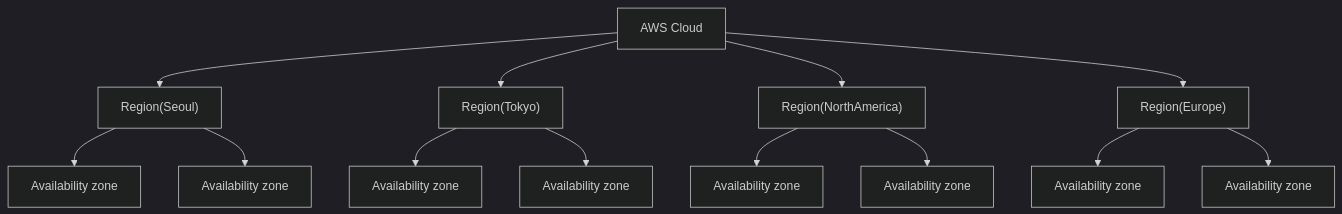
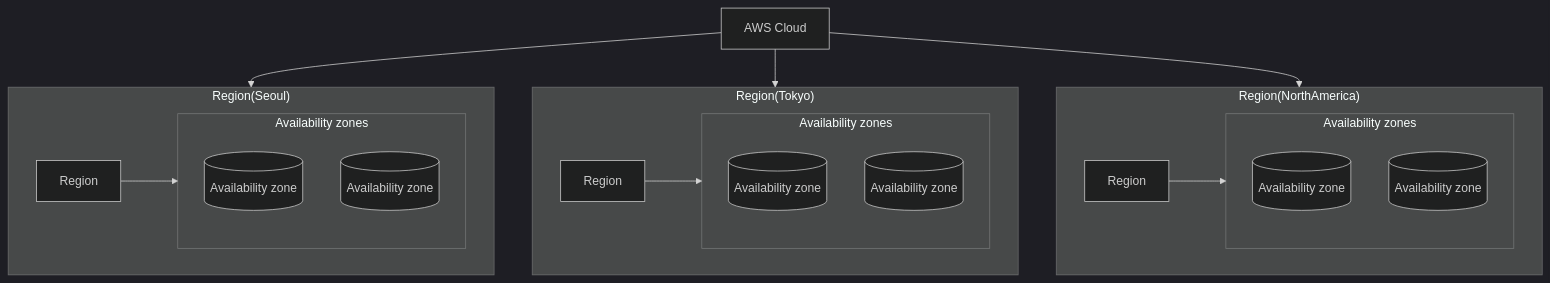
The first of 2 diagrams in Infra/AWS/001. AWS_Structure.md (Rurien1124/study), drawn with Mermaid (dark theme) before and after one commit. The commit also changed other lines of this file, not shown here.

Commit message:
Add detailed AWS structure chart

````diff
--- a/Infra/AWS/001. AWS_Structure.md
+++ b/Infra/AWS/001. AWS_Structure.md
@@ -25,19 +27,36 @@
-```mermaid
-flowchart TD
-
-    AWS[AWS Cloud]
-
-    AWS --> SEOUL["Region(Seoul)"]
-    AWS --> TOKYO["Region(Tokyo)"]
-    AWS --> NA["Region(NorthAmerica)"]
-    AWS --> EU["Region(Europe)"]
-
-    SEOUL --> SEOUL_A[Availability zone]
-    SEOUL --> SEOUL_B[Availability zone]
-    TOKYO --> TOKYO_A[Availability zone]
-    TOKYO --> TOKYO_B[Availability zone]
-    NA --> NA_A[Availability zone]
-    NA --> NA_B[Availability zone]
-    EU --> EU_A[Availability zone]
-    EU --> EU_B[Availability zone]
-```
+    ```mermaid
+    flowchart TD
+    
+        AWS[AWS Cloud]
+    
+        AWS --> SEOUL
+        AWS --> TOKYO
+        AWS --> NA
+  
+        subgraph SEOUL["Region(Seoul)"]
+            SEOUL_REG[Region] --> SEOUL_AZ
+  
+            subgraph SEOUL_AZ[Availability zones]
+                SEOUL_A[(Availability zone)]
+                SEOUL_B[(Availability zone)]
+            end
+        end
+        
+        subgraph TOKYO["Region(Tokyo)"]
+            TOKYO_REG[Region] --> TOKYO_AZ
+  
+            subgraph TOKYO_AZ[Availability zones]
+                TOKYO_A[(Availability zone)]
+                TOKYO_B[(Availability zone)]
+            end
+        end      
+        
+        subgraph NA["Region(NorthAmerica)"]
+            NA_REG[Region] --> NA_AZ
+  
+            subgraph NA_AZ[Availability zones]
+                NA_A[(Availability zone)]
+                NA_B[(Availability zone)]
+            end
+        end
+    ```
````
